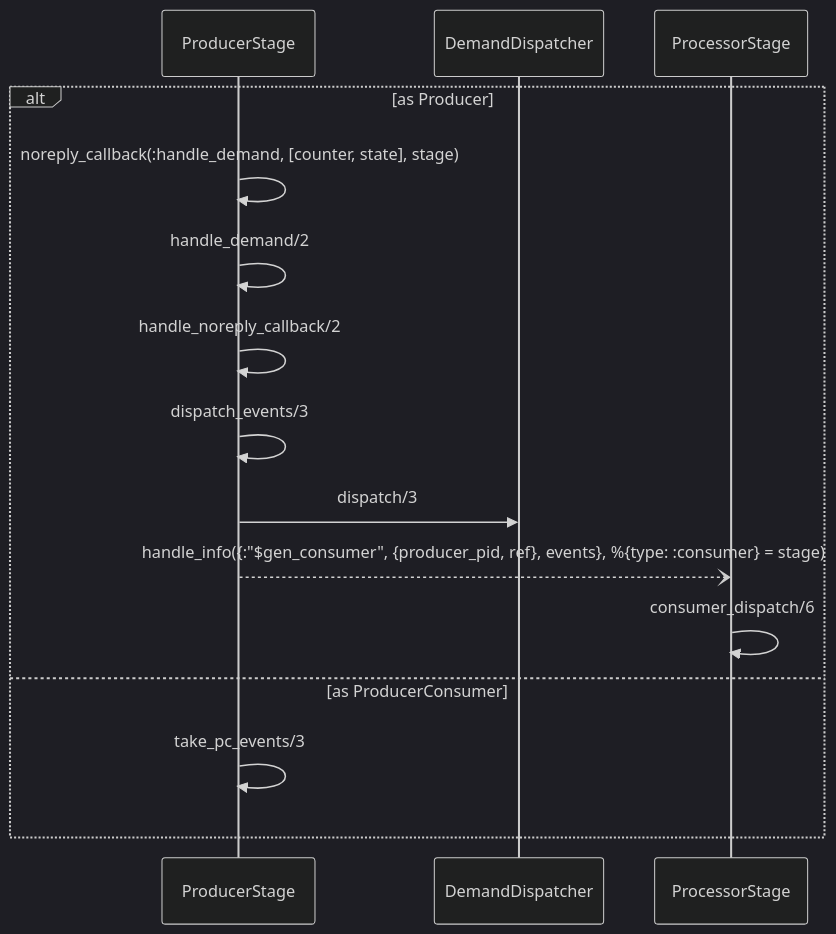
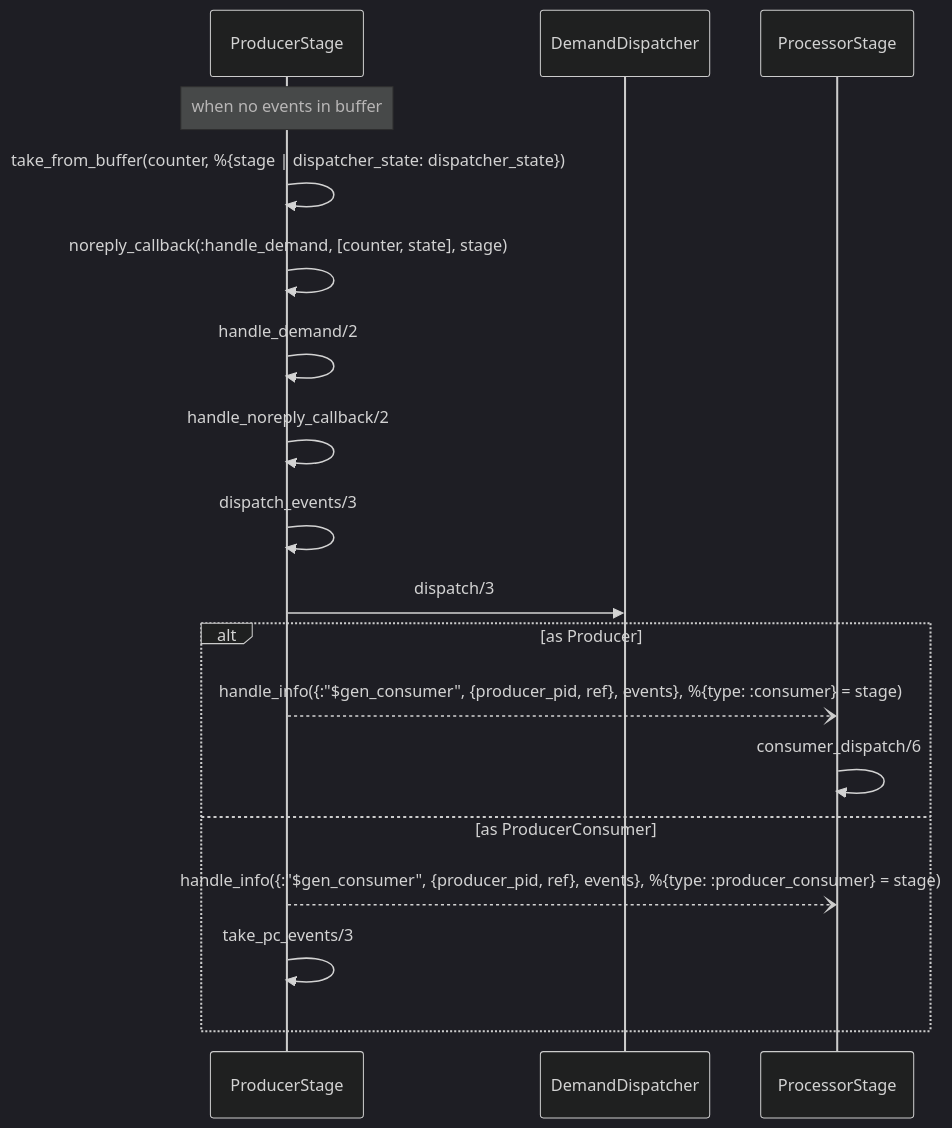
Before and after one commit to kenspirit/kenspirit.github.io: the third of 4 diagrams in source/_posts/2021-06-19-broadway-source-reading-processor.md, drawn with Mermaid (dark theme). The commit also changed other lines of this file and 6 other files, not shown here.

````diff
--- a/source/_posts/2021-06-19-broadway-source-reading-processor.md
+++ b/source/_posts/2021-06-19-broadway-source-reading-processor.md
@@ -71,18 +71,21 @@
 ```mermaid
 sequenceDiagram
   participant P as ProducerStage
   participant D as DemandDispatcher
   participant PS as ProcessorStage
 
+  Note over P: when no events in buffer
+  P->>P: take_from_buffer(counter, %{stage | dispatcher_state: dispatcher_state})
+  P->>P: noreply_callback(:handle_demand, [counter, state], stage)
+  P->>P: handle_demand/2
+  P->>P: handle_noreply_callback/2
+  P->>P: dispatch_events/3
+  P->>D: dispatch/3
   alt as Producer
-      P->>P: noreply_callback(:handle_demand, [counter, state], stage)
-      P->>P: handle_demand/2
-      P->>P: handle_noreply_callback/2
-      P->>P: dispatch_events/3
-      P->>D: dispatch/3
       P--)PS: handle_info({:"$gen_consumer", {producer_pid, ref}, events}, %{type: :consumer} = stage)
       PS->>PS: consumer_dispatch/6
   else as ProducerConsumer
+      P--)PS: handle_info({:"$gen_consumer", {producer_pid, ref}, events}, %{type: :producer_consumer} = stage)
       P->>P: take_pc_events/3
   end
 ```
````
